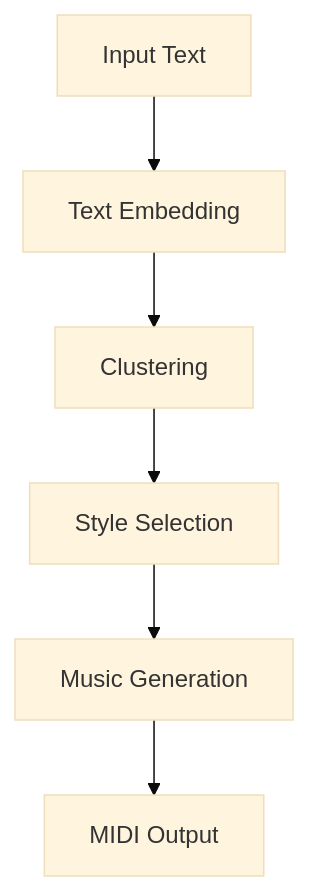
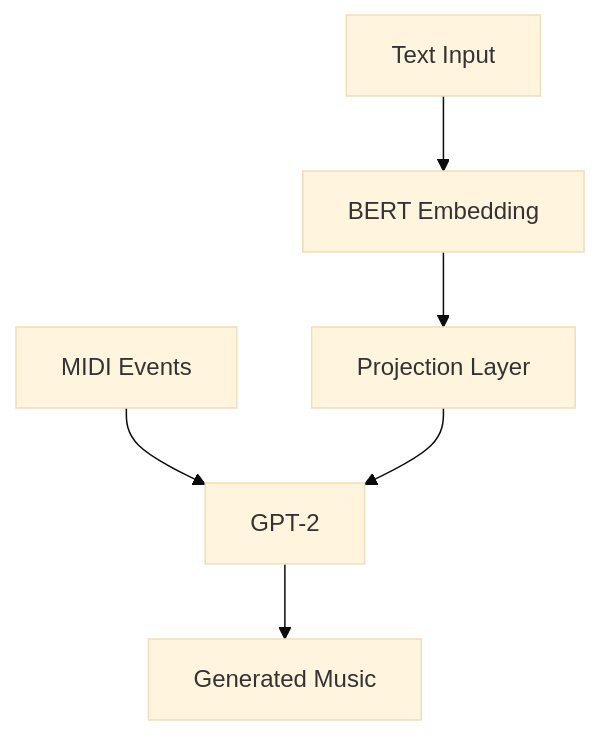
One commit to Baottq-dev/Hierarchical_Music_Transformer changed the second of 2 diagrams in README.md. Above: the diagram before and after it, drawn with Mermaid (base theme). The commit also changed other lines of this file and 16 other files, not shown here.

````diff
--- a/README.md
+++ b/README.md
@@ -106,8 +67,8 @@
 ```mermaid
 graph TD
-    A[Input Text] --> B[Text Embedding]
-    B --> C[Clustering]
-    C --> D[Style Selection]
-    D --> E[Music Generation]
-    E --> F[MIDI Output]
+    A[Text Input] --> B[BERT Embedding]
+    B --> C[Projection Layer]
+    D[MIDI Events] --> E[GPT-2]
+    C --> E
+    E --> F[Generated Music]
 ```
````
